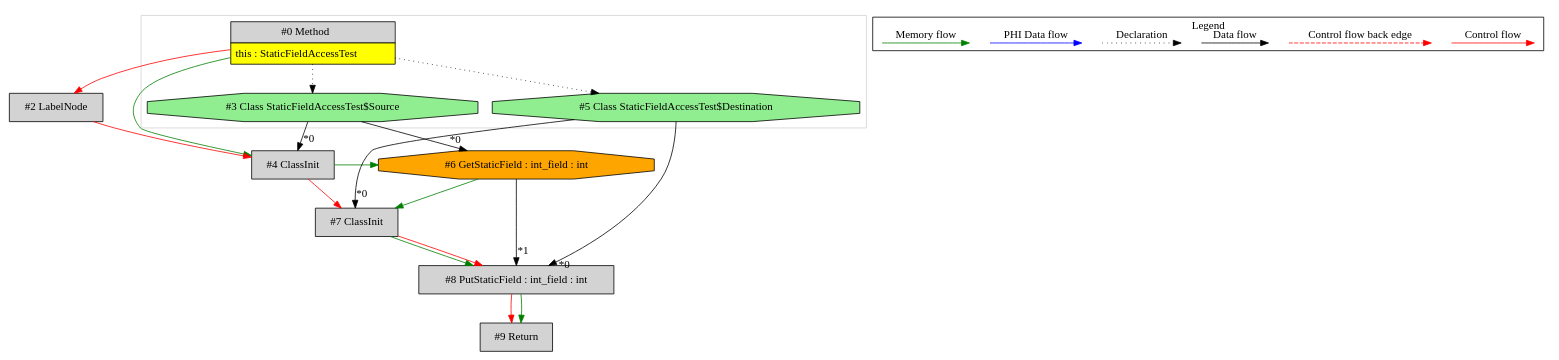
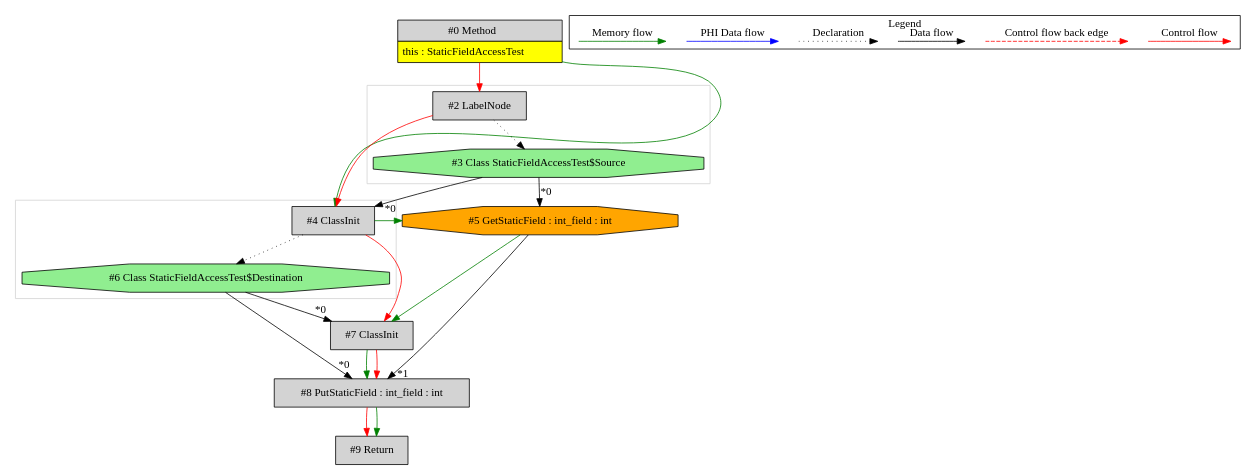
The diagram in de.mirkosertic.metair.ir.examples.StaticFieldAccessTest/copy_int/ir.dot (mirkosertic/MetaIR), drawn with Graphviz before and after one commit. The commit also changed 1370 other files, not shown here.

```diff
--- a/de.mirkosertic.metair.ir.examples.StaticFieldAccessTest/copy_int/ir.dot
+++ b/de.mirkosertic.metair.ir.examples.StaticFieldAccessTest/copy_int/ir.dot
@@ -1,61 +1,65 @@
 digraph {
  ordering="in";
  node0[margin="0", label=<<table border="0" cellborder="1" cellspacing="0" cellpadding="5"><tr><td colspan="1">#0 Method</td></tr><tr><td port="prj1" bgcolor="yellow">this : StaticFieldAccessTest</td></tr></table>>,shape=none, fillcolor=lightgrey, style=filled];
- node2[label="#2 LabelNode",shape=box, fillcolor=lightgrey, style=filled];
- node0 -> node2[labeldistance=2, color=red, fontcolor=red];
  node4[label="#4 ClassInit",shape=box, fillcolor=lightgrey, style=filled];
  node3 -> node4[headlabel="*0", labeldistance=2];
  node0 -> node4[labeldistance=2, color=green, constraint=false];
  node2 -> node4[labeldistance=2, color=red, fontcolor=red];
+ node2[label="#2 LabelNode",shape=box, fillcolor=lightgrey, style=filled];
+ node0 -> node2[labeldistance=2, color=red, fontcolor=red];
  node3[label="#3 Class StaticFieldAccessTest$Source",shape=octagon, fillcolor=lightgreen, style=filled];
- node0 -> node3[style=dotted];
- node6[label="#6 GetStaticField : int_field : int",shape=octagon, fillcolor=orange, style=filled];
- node3 -> node6[headlabel="*0", labeldistance=2];
- node4 -> node6[labeldistance=2, color=green, constraint=false];
+ node2 -> node3[style=dotted];
+ node5[label="#5 GetStaticField : int_field : int",shape=octagon, fillcolor=orange, style=filled];
+ node3 -> node5[headlabel="*0", labeldistance=2];
+ node4 -> node5[labeldistance=2, color=green, constraint=false];
  node8[label="#8 PutStaticField : int_field : int",shape=box, fillcolor=lightgrey, style=filled];
- node5 -> node8[headlabel="*0", labeldistance=2];
- node6 -> node8[headlabel="*1", labeldistance=2];
+ node6 -> node8[headlabel="*0", labeldistance=2];
+ node5 -> node8[headlabel="*1", labeldistance=2];
  node7 -> node8[labeldistance=2, color=green, constraint=false];
  node7 -> node8[labeldistance=2, color=red, fontcolor=red];
  node7[label="#7 ClassInit",shape=box, fillcolor=lightgrey, style=filled];
- node5 -> node7[headlabel="*0", labeldistance=2];
- node6 -> node7[labeldistance=2, color=green, constraint=false];
+ node6 -> node7[headlabel="*0", labeldistance=2];
+ node5 -> node7[labeldistance=2, color=green, constraint=false];
  node4 -> node7[labeldistance=2, color=red, fontcolor=red];
- node5[label="#5 Class StaticFieldAccessTest$Destination",shape=octagon, fillcolor=lightgreen, style=filled];
- node0 -> node5[style=dotted];
+ node6[label="#6 Class StaticFieldAccessTest$Destination",shape=octagon, fillcolor=lightgreen, style=filled];
+ node4 -> node6[style=dotted];
  node9[label="#9 Return",shape=box, fillcolor=lightgrey, style=filled];
  node8 -> node9[labeldistance=2, color=red, fontcolor=red];
  node8 -> node9[labeldistance=2, color=green, constraint=false];
  subgraph cluster_0 {
   color=lightgray;
-  node0;
+  node2;
   node3;
-  node5;
+ }
+ subgraph cluster_1 {
+  color=lightgray;
+  node4;
+  node6;
  }
  subgraph cluster_000 {
   label = "Legend";
   node [shape=point]
   {
    rank=same;
    c0 [style = invis];
    c1 [style = invis];
    c2 [style = invis];
    c3 [style = invis];
    d0 [style = invis];
    d1 [style = invis];
    d2 [style = invis];
    d3 [style = invis];
    d4 [style = invis];
    d5 [style = invis];
    d6 [style = invis];
    d7 [style = invis];
   }
   c0 -> c1 [label="Control flow", style=solid, color=red]
   c2 -> c3 [label="Control flow back edge", style=dashed, color=red]
   d0 -> d1 [label="Data flow"]
   d2 -> d3 [label="Declaration", style=dotted]
   d4 -> d5 [label="PHI Data flow", color=blue]
   d6 -> d7 [label="Memory flow", color=green]
  }
 
 }
```
